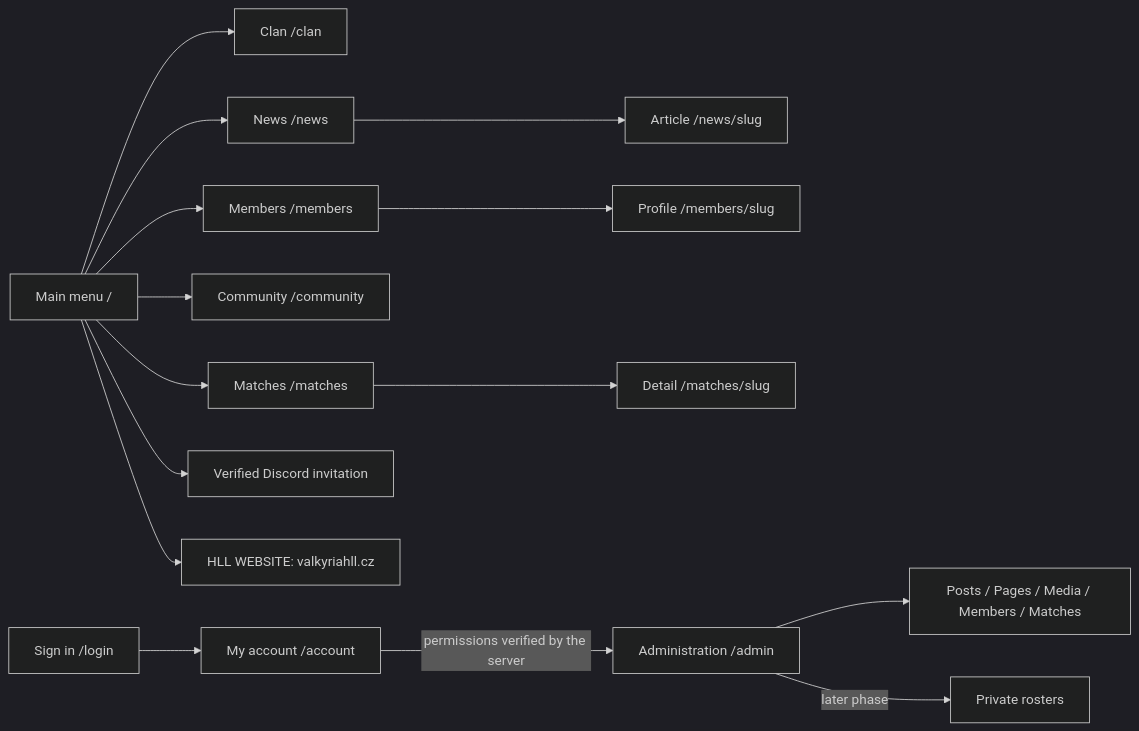
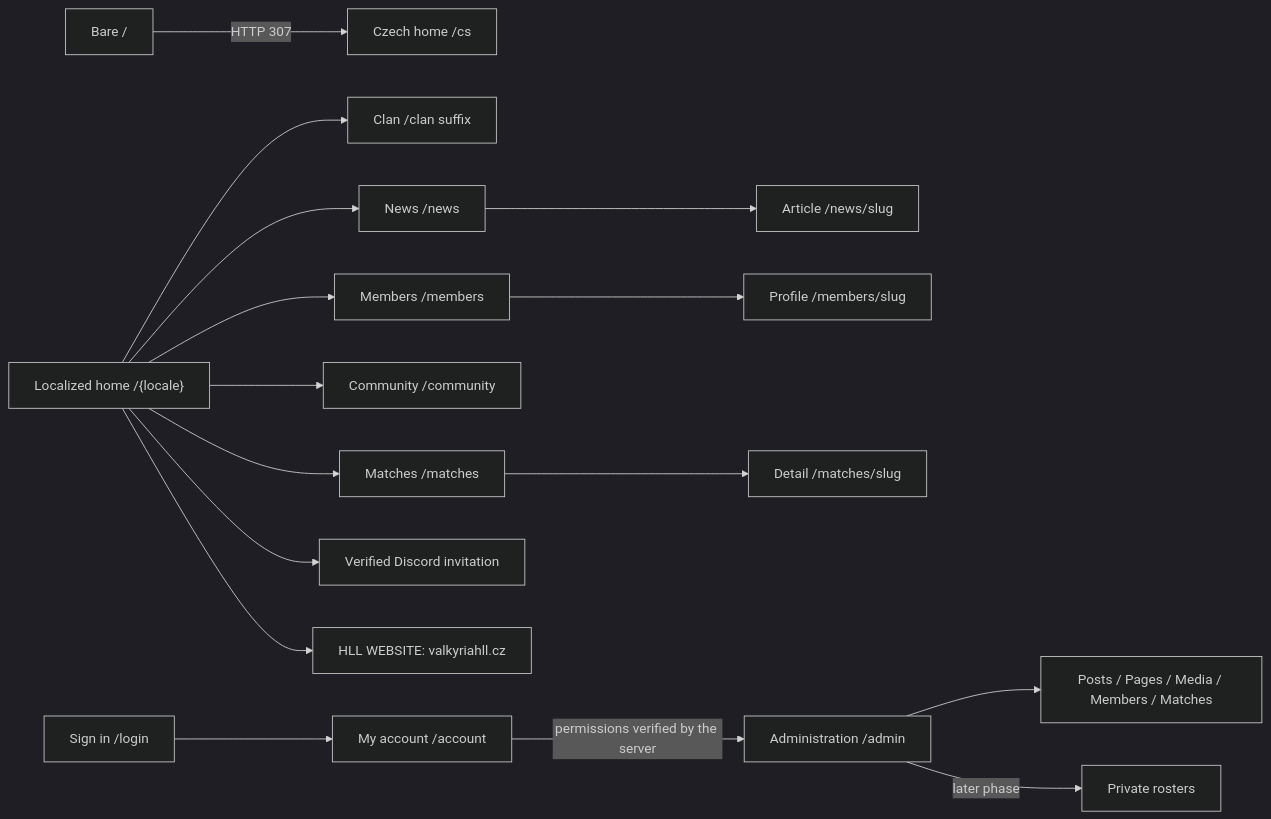
The diagram in docs/design/screen-map.md (ValkyriaWDG/www), drawn with Mermaid (dark theme) before and after one commit. The commit also changed other lines of this file and 27 other files, not shown here.

````diff
--- a/docs/design/screen-map.md
+++ b/docs/design/screen-map.md
@@ -42,17 +45,18 @@
 ```mermaid
 flowchart LR
-    Home["Main menu /"] --> Clan["Clan /clan"]
+    Root["Bare /"] -->|"HTTP 307"| Default["Czech home /cs"]
+    Home["Localized home /{locale}"] --> Clan["Clan /clan suffix"]
     Home --> Members["Members /members"]
     Home --> Matches["Matches /matches"]
     Home --> Community["Community /community"]
     Home --> News["News /news"]
     News --> Article["Article /news/slug"]
     Home --> Discord["Verified Discord invitation"]
     Home --> HLL["HLL WEBSITE: valkyriahll.cz"]
     Members --> Member["Profile /members/slug"]
     Matches --> Match["Detail /matches/slug"]
     Login["Sign in /login"] --> Account["My account /account"]
     Account -->|"permissions verified by the server"| Admin["Administration /admin"]
     Admin --> Content["Posts / Pages / Media / Members / Matches"]
     Admin -->|"later phase"| Lineup["Private rosters"]
 ```
````
